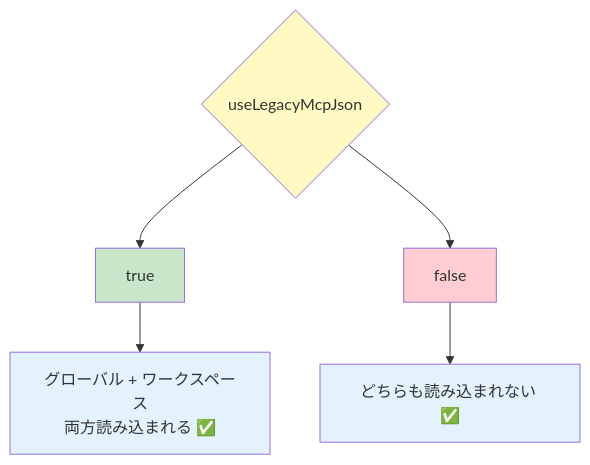
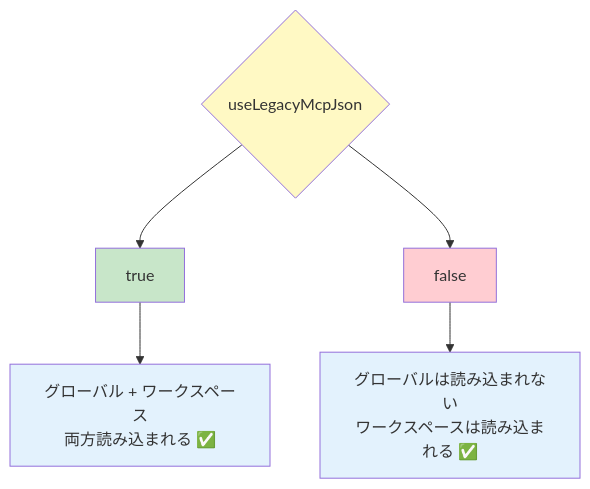
One commit to kamogashira-sys/q-cli-docs changed the second of 2 diagrams in docs/01_for-users/02_features/02_agents.md. Above: the diagram before and after it, drawn with Mermaid. The commit also changed other lines of this file, not shown here.

````diff
--- a/docs/01_for-users/02_features/02_agents.md
+++ b/docs/01_for-users/02_features/02_agents.md
@@ -793,13 +793,13 @@
 ```mermaid
 graph TB
     A{useLegacyMcpJson} --> B[true]
     A --> C[false]
     B --> D[グローバル + ワークスペース<br/>両方読み込まれる ✅]
-    C --> E[どちらも読み込まれない ✅]
+    C --> E[グローバルは読み込まれない<br/>ワークスペースは読み込まれる ✅]
     
     style A fill:#fff9c4
     style B fill:#c8e6c9
     style C fill:#ffcdd2
     style D fill:#e3f2fd
     style E fill:#e3f2fd
 ```
````
